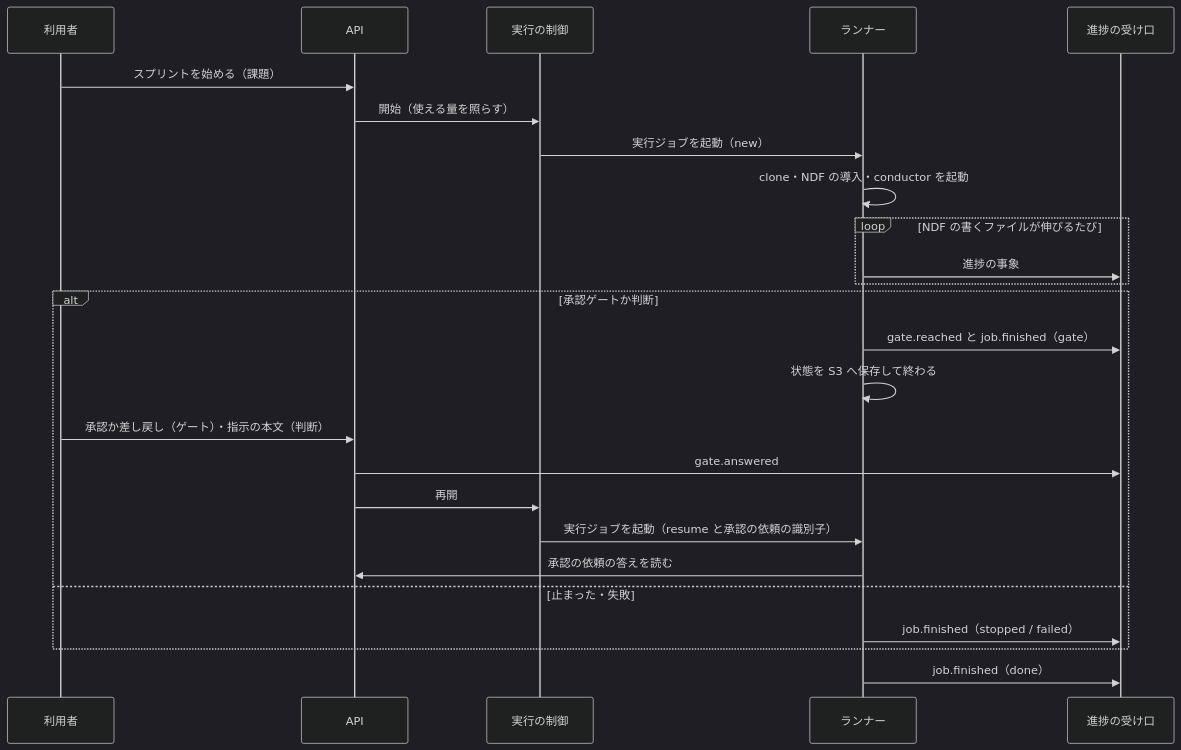
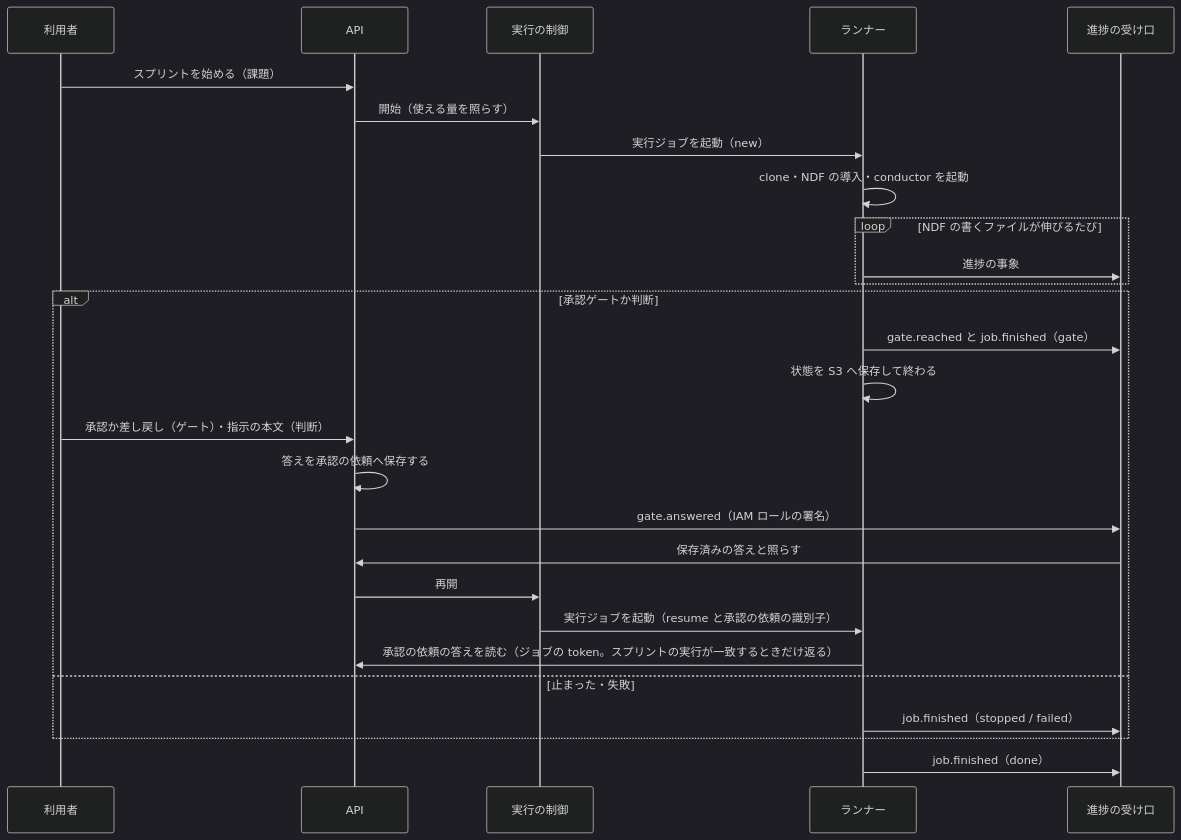
The sixth of 7 diagrams in issues/issue-2169-design.md (devbasex/ai-plugins), drawn with Mermaid (dark theme) before and after one commit. The commit also changed other lines of this file, not shown here.

First line of the commit message:
Docs: #2169 の契約で、答えの読み出しと gate.answered の受け付けを承認の依頼と照らす

````diff
--- a/issues/issue-2169-design.md
+++ b/issues/issue-2169-design.md
@@ -405,27 +405,29 @@
 ```mermaid
 sequenceDiagram
     participant U as 利用者
     participant A as API
     participant C as 実行の制御
     participant R as ランナー
     participant I as 進捗の受け口
     U->>A: スプリントを始める（課題）
     A->>C: 開始（使える量を照らす）
     C->>R: 実行ジョブを起動（new）
     R->>R: clone・NDF の導入・conductor を起動
     loop NDF の書くファイルが伸びるたび
         R->>I: 進捗の事象
     end
     alt 承認ゲートか判断
         R->>I: gate.reached と job.finished（gate）
         R->>R: 状態を S3 へ保存して終わる
         U->>A: 承認か差し戻し（ゲート）・指示の本文（判断）
-        A->>I: gate.answered
+        A->>A: 答えを承認の依頼へ保存する
+        A->>I: gate.answered（IAM ロールの署名）
+        I->>A: 保存済みの答えと照らす
         A->>C: 再開
         C->>R: 実行ジョブを起動（resume と承認の依頼の識別子）
-        R->>A: 承認の依頼の答えを読む
+        R->>A: 承認の依頼の答えを読む（ジョブの token。スプリントの実行が一致するときだけ返る）
     else 止まった・失敗
         R->>I: job.finished（stopped / failed）
     end
     R->>I: job.finished（done）
 ```
````
